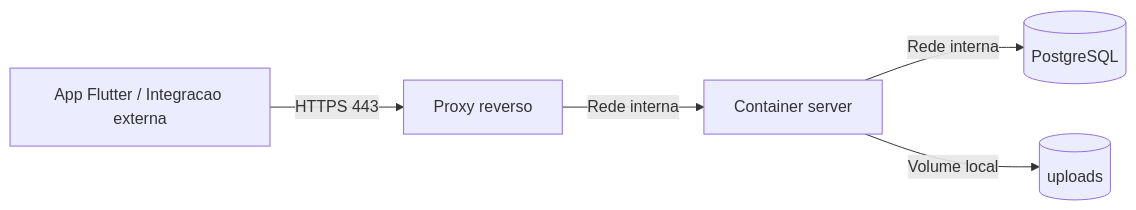
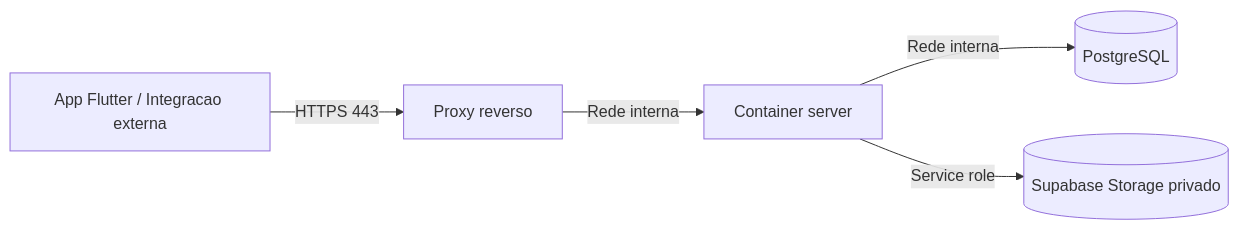
Before and after one commit to gitmachado/themis-aurora-g5: the first of 3 diagrams in documentation/architecture.md, drawn with Mermaid. The commit also changed other lines of this file and 4 other files, not shown here.

Commit message:
📝docs: G5-26 update documentation to reflect Supabase Storage integration for documents and avatars, replacing local storage references

````diff
--- a/documentation/architecture.md
+++ b/documentation/architecture.md
@@ -89,7 +91,7 @@
 ```mermaid
 flowchart LR
     CLIENTE[App Flutter / Integracao externa] -->|HTTPS 443| PROXY[Proxy reverso]
     PROXY -->|Rede interna| API[Container server]
     API -->|Rede interna| DB[(PostgreSQL)]
-    API -->|Volume local| FILES[(uploads)]
+    API -->|Service role| STORAGE[(Supabase Storage privado)]
 ```
````
